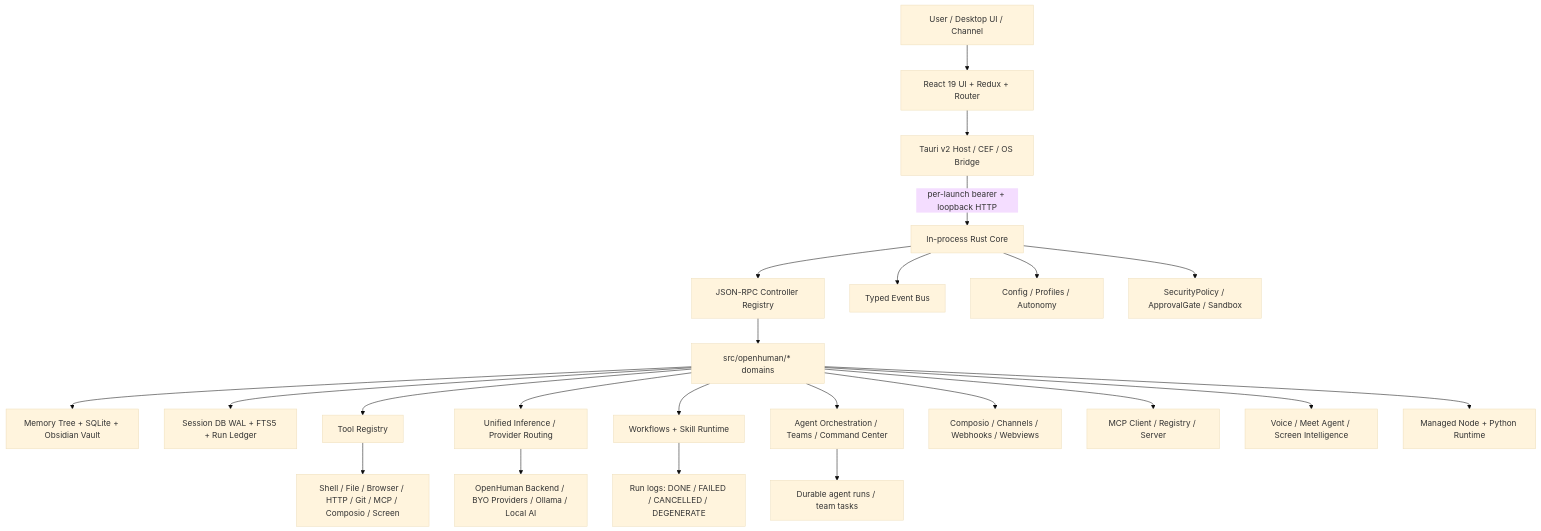
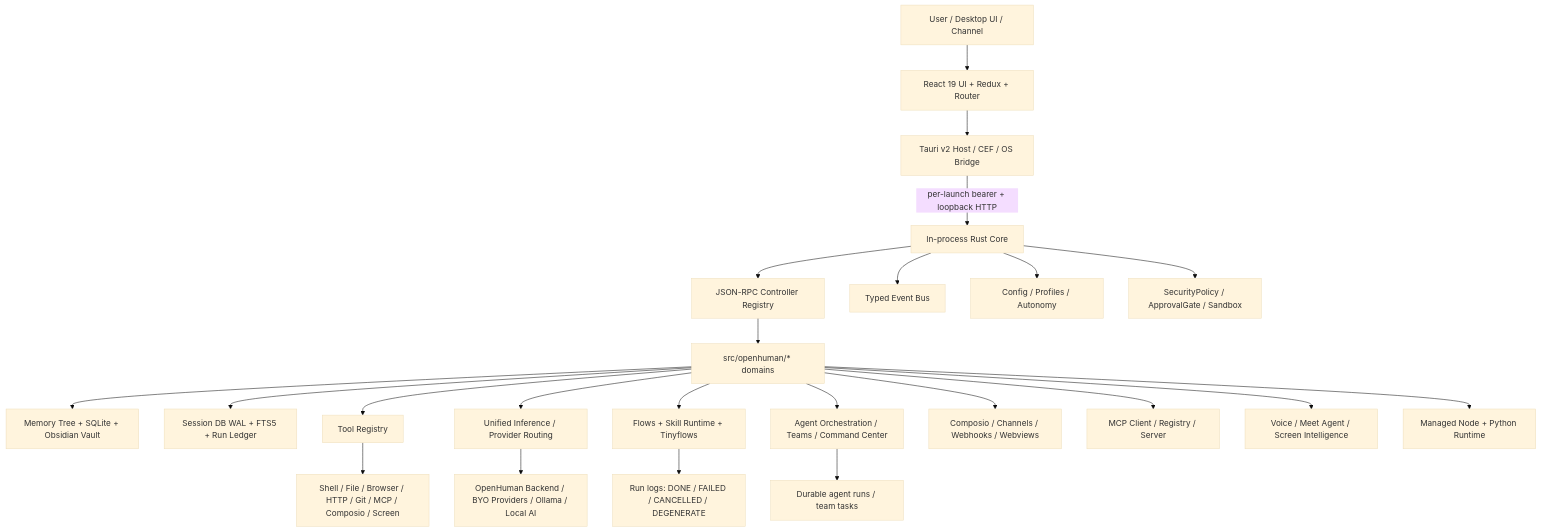
The diagram in packages/tk/data/reports/openhuman.md (okbexx/tech-knockout), drawn with Mermaid (base theme) before and after one commit. The commit also changed other lines of this file and 14 other files, not shown here.

````diff
--- a/packages/tk/data/reports/openhuman.md
+++ b/packages/tk/data/reports/openhuman.md
@@ -172,28 +182,28 @@
 ```mermaid
 graph TD
   User[User / Desktop UI / Channel] --> React[React 19 UI + Redux + Router]
   React --> Tauri[Tauri v2 Host / CEF / OS Bridge]
   Tauri -->|per-launch bearer + loopback HTTP| Core[In-process Rust Core]
 
   Core --> RPC[JSON-RPC Controller Registry]
   Core --> EventBus[Typed Event Bus]
   Core --> Config[Config / Profiles / Autonomy]
   Core --> Policy[SecurityPolicy / ApprovalGate / Sandbox]
 
   RPC --> Domains[src/openhuman/* domains]
   Domains --> Memory[Memory Tree + SQLite + Obsidian Vault]
   Domains --> SessionDB[Session DB WAL + FTS5 + Run Ledger]
   Domains --> Tools[Tool Registry]
   Domains --> Inference[Unified Inference / Provider Routing]
-  Domains --> Workflows[Workflows + Skill Runtime]
+  Domains --> Workflows[Flows + Skill Runtime + Tinyflows]
   Domains --> Orchestration[Agent Orchestration / Teams / Command Center]
   Domains --> Connectors[Composio / Channels / Webhooks / Webviews]
   Domains --> MCP[MCP Client / Registry / Server]
   Domains --> Voice[Voice / Meet Agent / Screen Intelligence]
   Domains --> Runtime[Managed Node + Python Runtime]
 
   Tools --> External[Shell / File / Browser / HTTP / Git / MCP / Composio / Screen]
   Inference --> Providers[OpenHuman Backend / BYO Providers / Ollama / Local AI]
   Workflows --> RunLog[Run logs: DONE / FAILED / CANCELLED / DEGENERATE]
   Orchestration --> Ledger[Durable agent runs / team tasks]
 ```
````
